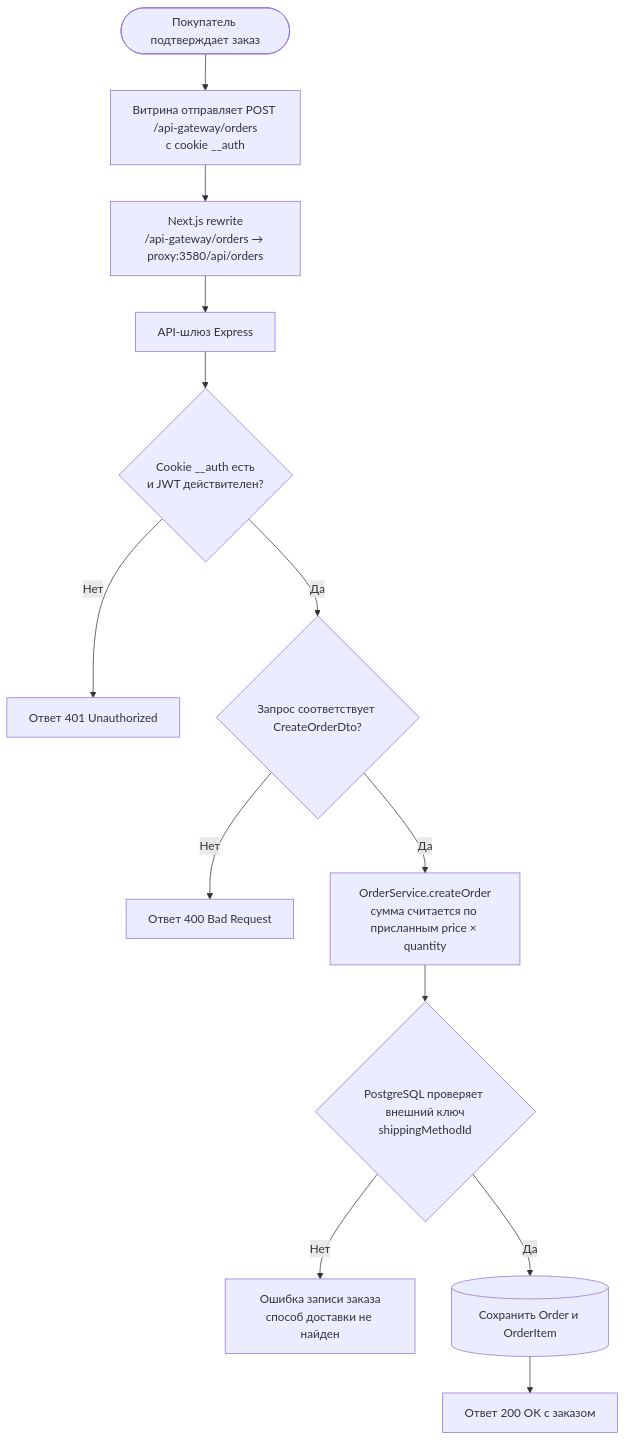
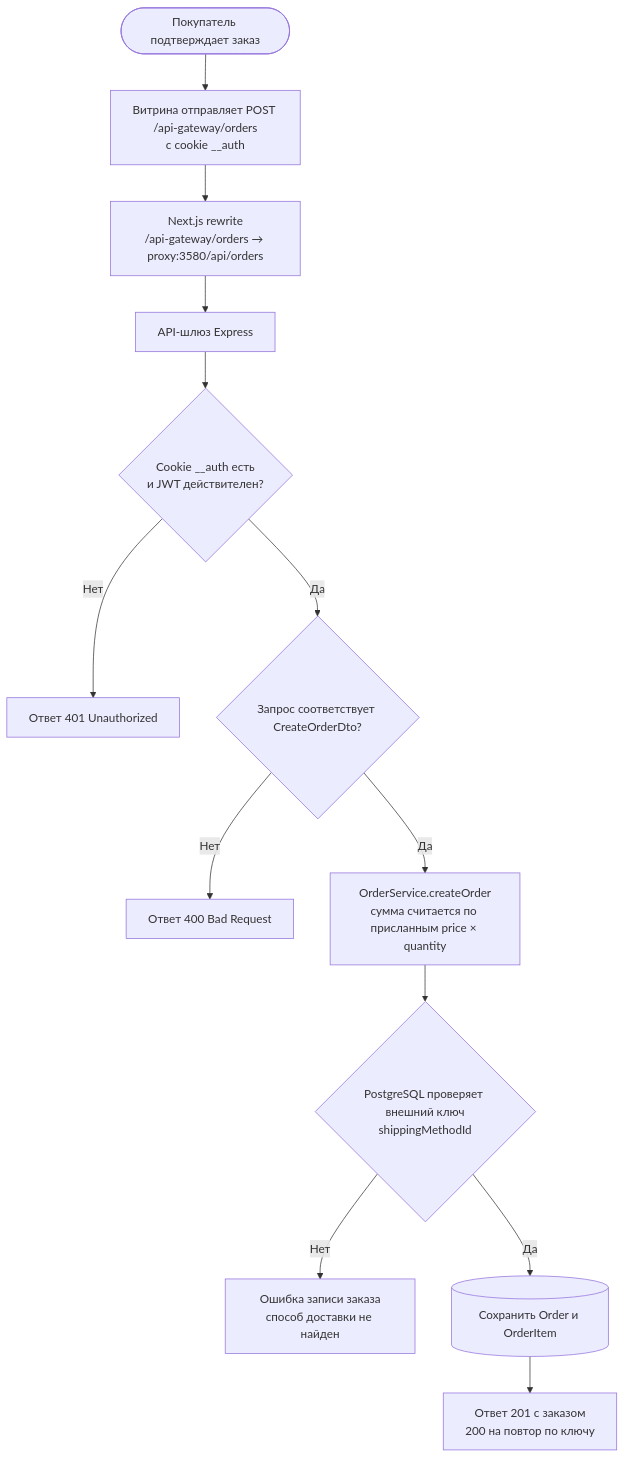
One commit to sworni1/Astrum changed the second of 2 diagrams in docs/DEVELOPMENT.md. Above: the diagram before and after it, drawn with Mermaid. The commit also changed other lines of this file and 3 other files, not shown here.

````diff
--- a/docs/DEVELOPMENT.md
+++ b/docs/DEVELOPMENT.md
@@ -51,24 +51,24 @@
 ```mermaid
 flowchart TD
     buyer(["Покупатель подтверждает заказ"])
     customer["Витрина отправляет POST /api-gateway/orders<br/>с cookie __auth"]
     rewrite["Next.js rewrite<br/>/api-gateway/orders → proxy:3580/api/orders"]
     api["API-шлюз Express"]
     jwt{"Cookie __auth есть<br/>и JWT действителен?"}
     unauthorized["Ответ 401 Unauthorized"]
     dto{"Запрос соответствует CreateOrderDto?"}
     invalid["Ответ 400 Bad Request"]
     create["OrderService.createOrder<br/>сумма считается по присланным price × quantity"]
     fk{"PostgreSQL проверяет внешний ключ<br/>shippingMethodId"}
     fkError["Ошибка записи заказа<br/>способ доставки не найден"]
     save[("Сохранить Order и OrderItem")]
-    success["Ответ 200 OK с заказом"]
+    success["Ответ 201 с заказом<br/>200 на повтор по ключу"]
 
     buyer --> customer --> rewrite --> api --> jwt
     jwt -->|Нет| unauthorized
     jwt -->|Да| dto
     dto -->|Нет| invalid
     dto -->|Да| create --> fk
     fk -->|Нет| fkError
     fk -->|Да| save --> success
 ```
````
